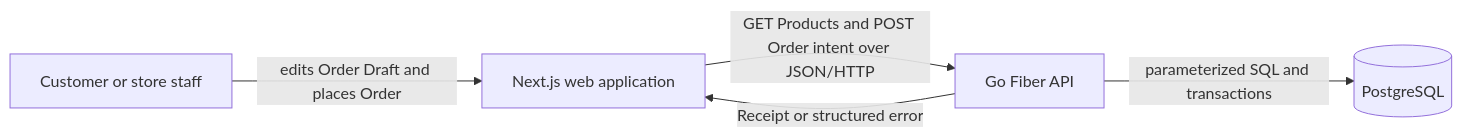
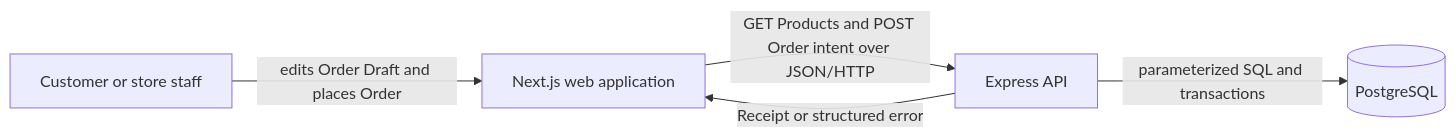
Before and after one commit to besterdev/cal-food-store-full-stack: the first of 3 diagrams in docs/system-design.md, drawn with Mermaid. The commit also changed other lines of this file and 44 other files, not shown here.

First line of the commit message:
✨ feat: replace go fiber api with express

````diff
--- a/docs/system-design.md
+++ b/docs/system-design.md
@@ -11,12 +11,12 @@
 ```mermaid
 flowchart LR
     Customer[Customer or store staff]
     Browser[Next.js web application]
-    API[Go Fiber API]
+    API[Express API]
     DB[(PostgreSQL)]
 
     Customer -->|edits Order Draft and places Order| Browser
     Browser -->|GET Products and POST Order intent over JSON/HTTP| API
     API -->|parameterized SQL and transactions| DB
     API -->|Receipt or structured error| Browser
 ```
````
